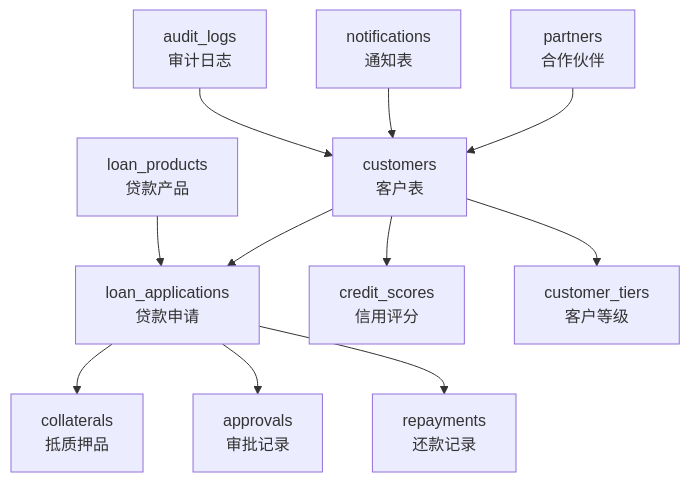
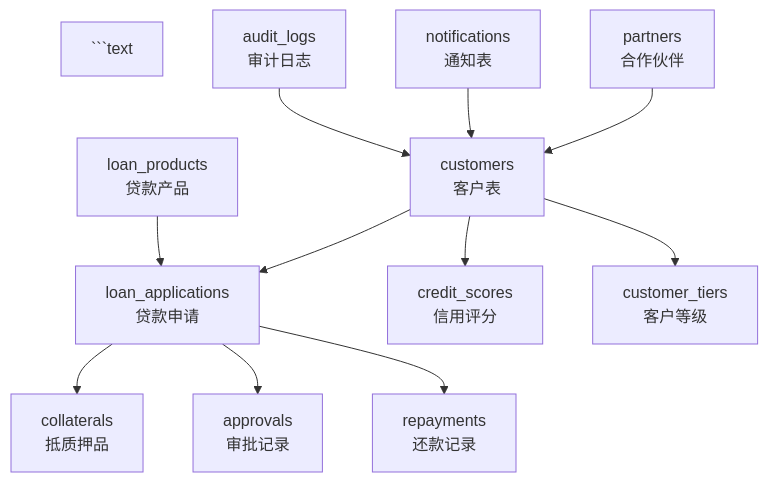
One commit to shawsicau-create/smartbanking changed the fourth of 4 diagrams in webversion/src/content/docs/labs/bmad-crm.md. Above: the diagram before and after it, drawn with Mermaid. The commit also changed other lines of this file and 14 other files, not shown here.

First line of the commit message:
fix: 全站修复缩进内容渲染——框线图→代码块+对齐文本→GFM表格

````diff
--- a/webversion/src/content/docs/labs/bmad-crm.md
+++ b/webversion/src/content/docs/labs/bmad-crm.md
@@ -934,13 +948,14 @@
 ```mermaid
 graph TB
-    C[customers<br/>客户表] --> LA[loan_applications<br/>贷款申请]
-    C --> CS[credit_scores<br/>信用评分]
-    C --> CT[customer_tiers<br/>客户等级]
-    LA --> CO[collaterals<br/>抵质押品]
-    LA --> AP[approvals<br/>审批记录]
-    LA --> RP[repayments<br/>还款记录]
-    LP[loan_products<br/>贷款产品] --> LA
-    PA[partners<br/>合作伙伴] --> C
-    NO[notifications<br/>通知表] --> C
-    AL[audit_logs<br/>审计日志] --> C
+```text
+C[customers<br/>客户表] --> LA[loan_applications<br/>贷款申请]
+C --> CS[credit_scores<br/>信用评分]
+C --> CT[customer_tiers<br/>客户等级]
+LA --> CO[collaterals<br/>抵质押品]
+LA --> AP[approvals<br/>审批记录]
+LA --> RP[repayments<br/>还款记录]
+LP[loan_products<br/>贷款产品] --> LA
+PA[partners<br/>合作伙伴] --> C
+NO[notifications<br/>通知表] --> C
+AL[audit_logs<br/>审计日志] --> C
 ```
````
